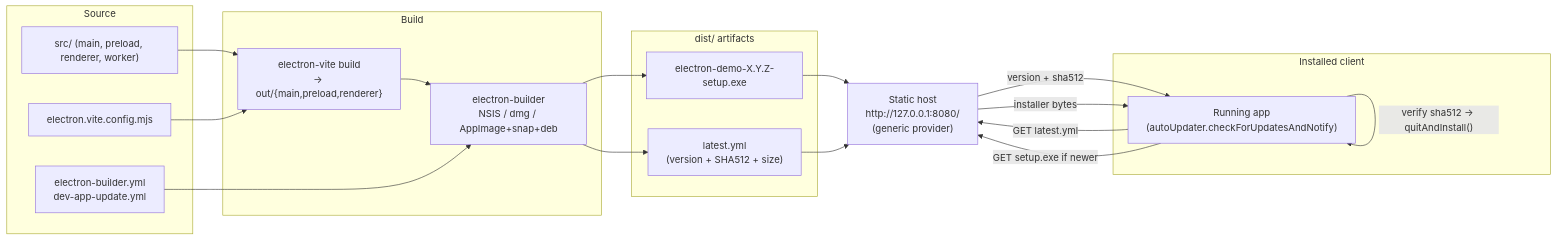
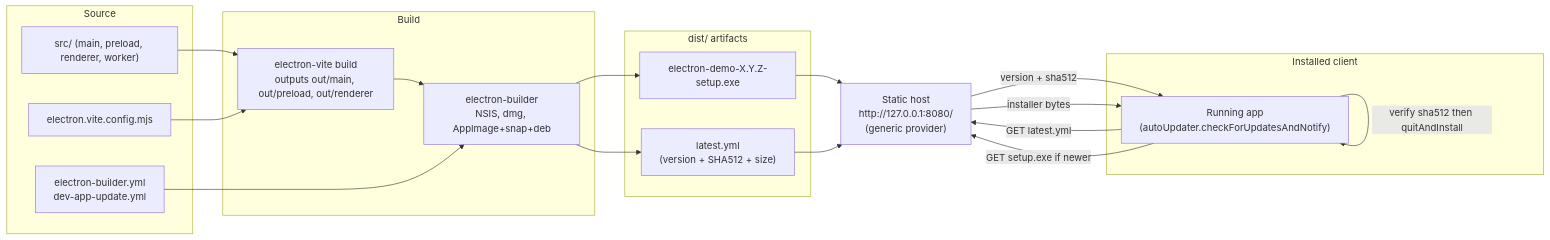
One commit to morsmodr/electron-demo changed the third of 3 diagrams in README.md. Above: the diagram before and after it, drawn with Mermaid. The commit also changed other lines of this file, not shown here.

Commit message:
fixing mermaid md issue in readme

````diff
--- a/README.md
+++ b/README.md
@@ -77,39 +77,39 @@
 ```mermaid
 flowchart LR
     subgraph Source["Source"]
         Src["src/ (main, preload, renderer, worker)"]
         Vite["electron.vite.config.mjs"]
         Bld["electron-builder.yml<br/>dev-app-update.yml"]
     end
 
     subgraph BuildStep["Build"]
-        EV["electron-vite build<br/>→ out/{main,preload,renderer}"]
-        EB["electron-builder<br/>NSIS / dmg / AppImage+snap+deb"]
+        EV["electron-vite build<br/>outputs out/main, out/preload, out/renderer"]
+        EB["electron-builder<br/>NSIS, dmg, AppImage+snap+deb"]
     end
 
     subgraph Artifacts["dist/ artifacts"]
         Setup["electron-demo-X.Y.Z-setup.exe"]
         Latest["latest.yml<br/>(version + SHA512 + size)"]
     end
 
     Host["Static host<br/>http://127.0.0.1:8080/<br/>(generic provider)"]
 
     subgraph Installed["Installed client"]
         App["Running app<br/>(autoUpdater.checkForUpdatesAndNotify)"]
     end
 
     Src --> EV
     Vite --> EV
     EV --> EB
     Bld --> EB
     EB --> Setup
     EB --> Latest
     Setup --> Host
     Latest --> Host
 
     App -- "GET latest.yml" --> Host
     Host -- "version + sha512" --> App
     App -- "GET setup.exe if newer" --> Host
     Host -- "installer bytes" --> App
-    App -- "verify sha512 → quitAndInstall()" --> App
+    App -- "verify sha512 then quitAndInstall" --> App
 ```
````
